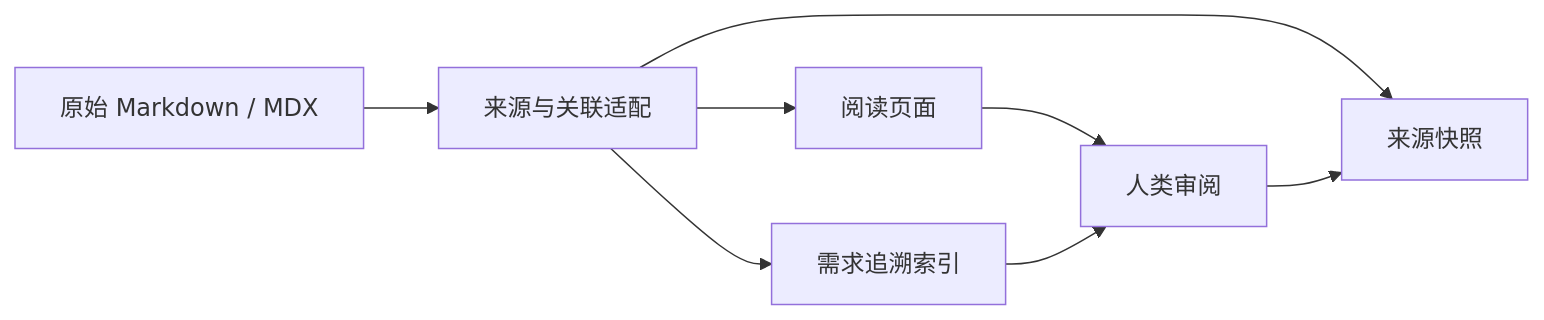
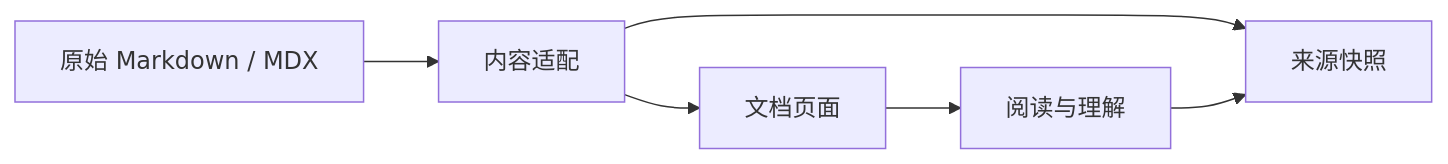
One commit to IvanLi-CN/agent-vm changed the diagram in docs/proposals/agent-vm-documentation-stack.md. Above: the diagram before and after it, drawn with Mermaid. The commit also changed other lines of this file and 38 other files, not shown here.

````diff
--- a/docs/proposals/agent-vm-documentation-stack.md
+++ b/docs/proposals/agent-vm-documentation-stack.md
@@ -220,10 +34,8 @@
 ```mermaid
 flowchart LR
-  A[原始 Markdown / MDX] --> B[来源与关联适配]
-  B --> C[阅读页面]
-  B --> D[需求追溯索引]
-  B --> E[来源快照]
-  C --> F[人类审阅]
-  D --> F
-  F --> E
+  A[原始 Markdown / MDX] --> B[内容适配]
+  B --> C[文档页面]
+  B --> D[来源快照]
+  C --> E[阅读与理解]
+  E --> D
 ```
````
